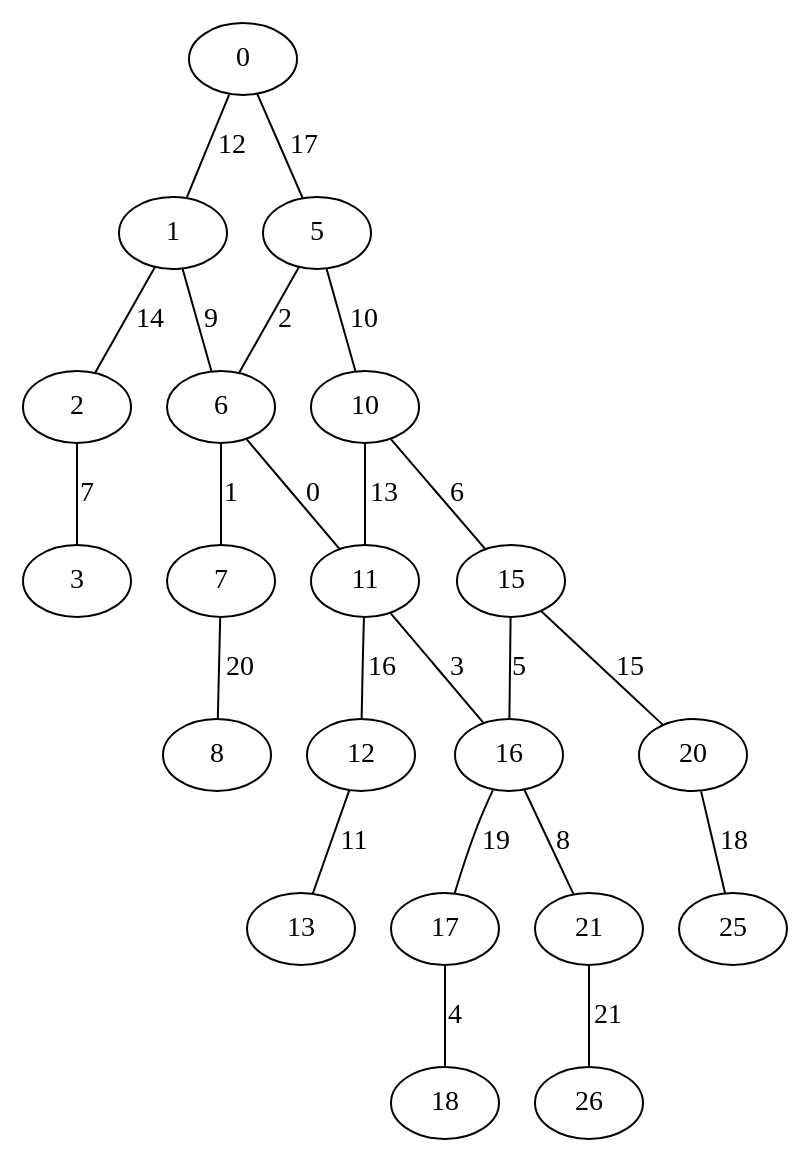
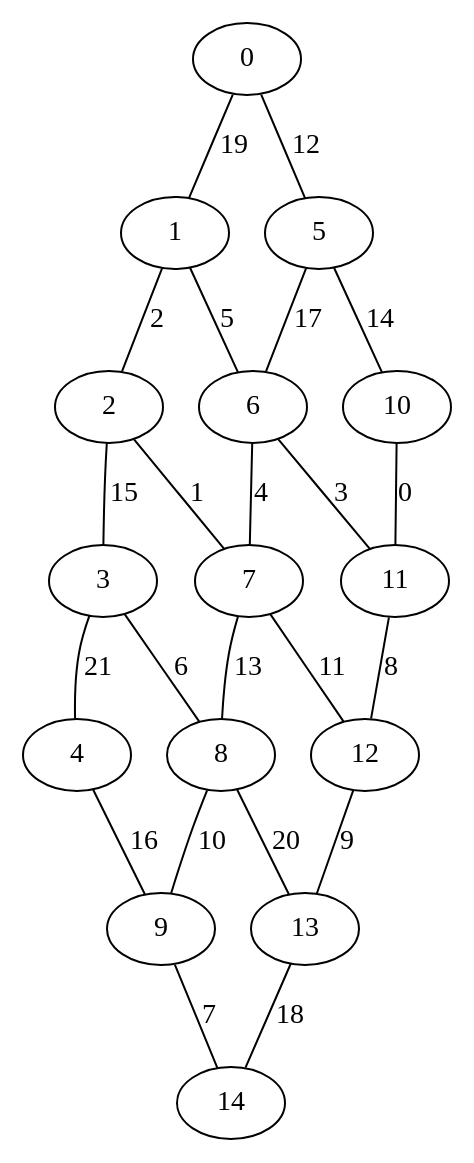
One commit to evlrs/Labyrinthe changed the diagram in partition/Nico/kruskal/kru_nico.dot. Above: the diagram before and after it, drawn with Graphviz. The commit also changed 7 other files, not shown here.

```diff
--- a/partition/Nico/kruskal/kru_nico.dot
+++ b/partition/Nico/kruskal/kru_nico.dot
@@ -1,24 +1,24 @@
 graph {
-    0 -- 1 [label= 12];
-    0 -- 5 [label= 17];
-    1 -- 2 [label= 14];
-    1 -- 6 [label= 9];
-    2 -- 3 [label= 7];
-    5 -- 6 [label= 2];
-    5 -- 10 [label= 10];
-    6 -- 7 [label= 1];
-    6 -- 11 [label= 0];
-    7 -- 8 [label= 20];
-    10 -- 11 [label= 13];
-    10 -- 15 [label= 6];
-    11 -- 12 [label= 16];
-    11 -- 16 [label= 3];
-    12 -- 13 [label= 11];
-    15 -- 16 [label= 5];
-    15 -- 20 [label= 15];
-    16 -- 17 [label= 19];
-    16 -- 21 [label= 8];
-    17 -- 18 [label= 4];
-    20 -- 25 [label= 18];
-    21 -- 26 [label= 21];
+    0 -- 5 [label= 12];
+    0 -- 1 [label= 19];
+    1 -- 6 [label= 5];
+    1 -- 2 [label= 2];
+    2 -- 7 [label= 1];
+    2 -- 3 [label= 15];
+    3 -- 8 [label= 6];
+    3 -- 4 [label= 21];
+    4 -- 9 [label= 16];
+    5 -- 10 [label= 14];
+    5 -- 6 [label= 17];
+    6 -- 11 [label= 3];
+    6 -- 7 [label= 4];
+    7 -- 12 [label= 11];
+    7 -- 8 [label= 13];
+    8 -- 13 [label= 20];
+    8 -- 9 [label= 10];
+    9 -- 14 [label= 7];
+    10 -- 11 [label= 0];
+    11 -- 12 [label= 8];
+    12 -- 13 [label= 9];
+    13 -- 14 [label= 18];
 }
```
